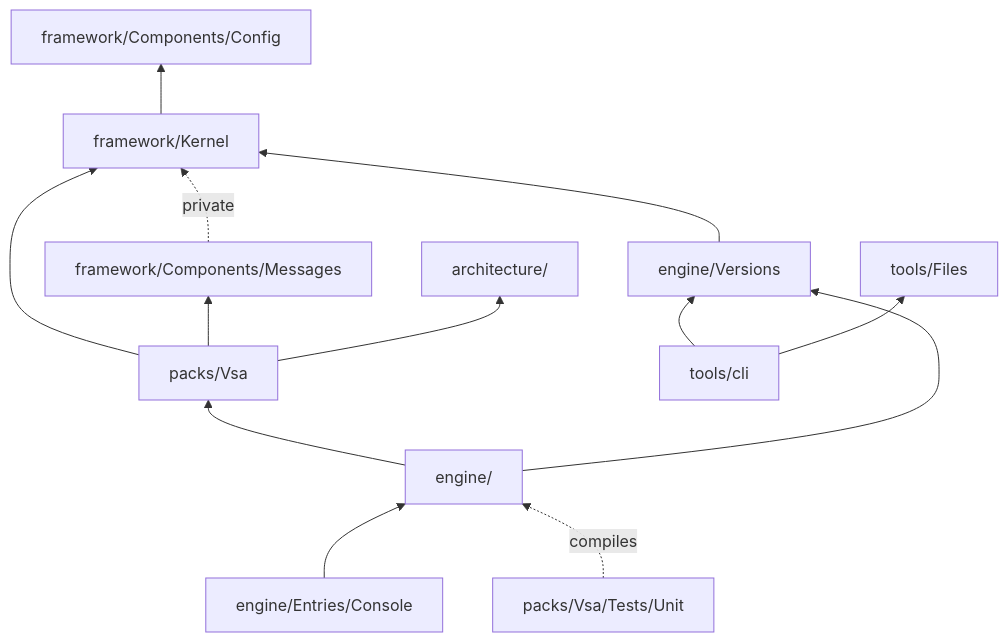
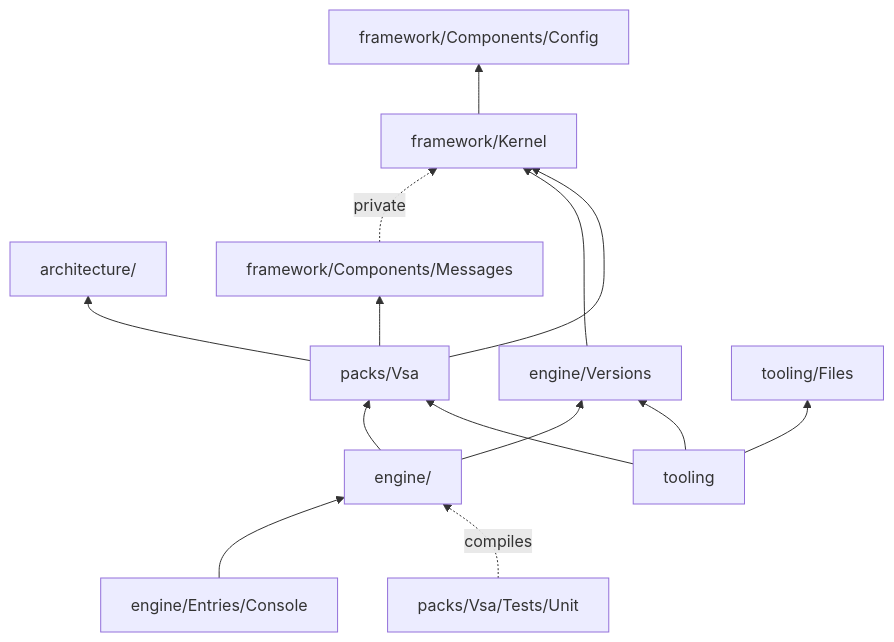
The diagram in docs/framework-layout.md (MgCohen/vsa-template), drawn with Mermaid before and after one commit. The commit also changed other lines of this file and 211 other files, not shown here.

First line of the commit message:
Make the umpire tool a VSA app in tooling/

````diff
--- a/docs/framework-layout.md
+++ b/docs/framework-layout.md
@@ -17,16 +18,17 @@
 ```mermaid
 flowchart BT
     Architecture["architecture/"]
     Messages["framework/Components/Messages"] -. private .-> Kernel
     Kernel --> Config["framework/Components/Config"]
     Versions --> Kernel
     Vsa["packs/Vsa"] --> Kernel["framework/Kernel"]
     Vsa --> Messages
     Vsa --> Architecture
     Engine["engine/"] --> Vsa
     Engine --> Versions
     Console["engine/Entries/Console"] --> Engine
     Testing["packs/Vsa/Tests/Unit"] -. compiles .-> Engine
-    Cli["tools/cli"] --> Versions["engine/Versions"]
-    Cli --> Files["tools/Files"]
+    Cli["tooling"] --> Versions["engine/Versions"]
+    Cli --> Vsa
+    Cli --> Files["tooling/Files"]
 ```
````
